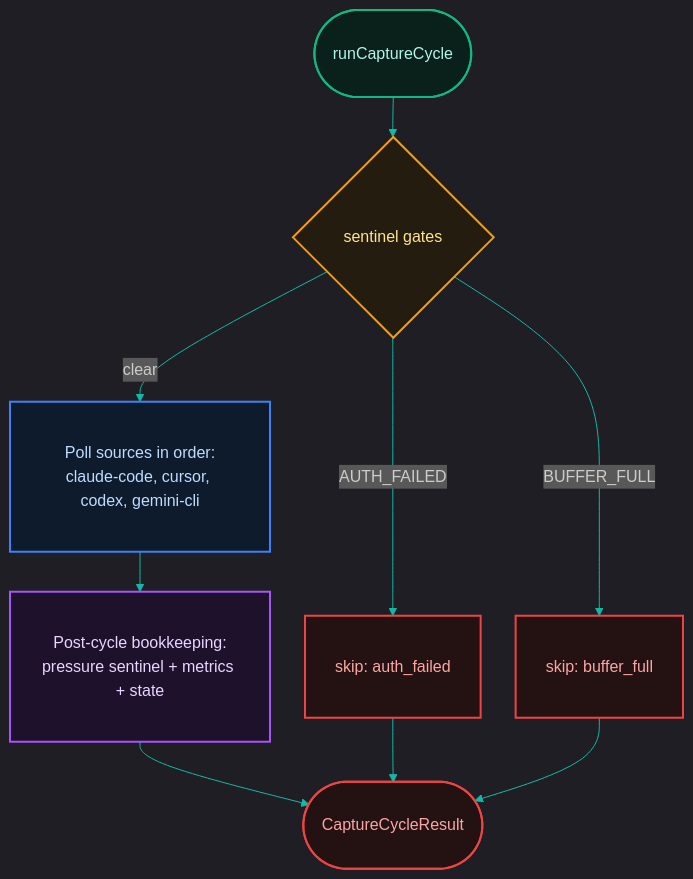
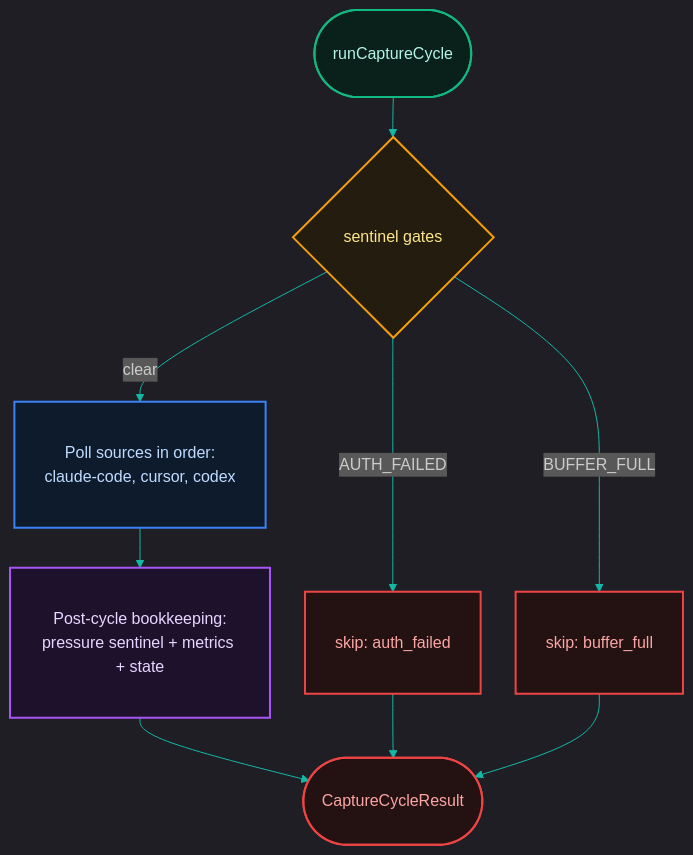
Before and after one commit to proxai/proxai_gateway: the first of 2 diagrams in docs/04-daemon-loops/4.1-capture-cycle.md, drawn with Mermaid. The commit also changed other lines of this file and 83 other files, not shown here.

Commit message:
chore: remove deprecated gemini cli

````diff
--- a/docs/04-daemon-loops/4.1-capture-cycle.md
+++ b/docs/04-daemon-loops/4.1-capture-cycle.md
@@ -13,27 +13,27 @@
 ```mermaid
 %%{init: {"theme": "dark", "themeVariables": {"primaryColor": "#0a201b", "primaryTextColor": "#ccfbf1", "primaryBorderColor": "#14b8a6", "lineColor": "#14b8a6", "fontFamily": "Inter, sans-serif"}, "flowchart": {"nodeSpacing": 35, "rankSpacing": 40}}}%%
 flowchart TD
     start([runCaptureCycle]) --> gate{sentinel gates}
     gate -->|"AUTH_FAILED"| skip1["skip: auth_failed"]
     gate -->|"BUFFER_FULL"| skip2["skip: buffer_full"]
-    gate -->|"clear"| poll["Poll sources in order:<br/>claude-code, cursor, codex, gemini-cli"]
+    gate -->|"clear"| poll["Poll sources in order:<br/>claude-code, cursor, codex"]
     poll --> post["Post-cycle bookkeeping:<br/>pressure sentinel + metrics + state"]
     post --> done([CaptureCycleResult])
     skip1 --> done
     skip2 --> done
 
     classDef startNode fill:#0a201b,stroke:#10b981,stroke-width:2px,color:#b3f5e6,padding:10px 25px;
     classDef stopNode fill:#241212,stroke:#ef4444,stroke-width:2px,color:#fca5a5,padding:10px 25px;
     classDef decNode fill:#241c0e,stroke:#f59e0b,stroke-width:2px,color:#fde68a,padding:10px 20px;
     classDef processNode fill:#0d1b2d,stroke:#3b82f6,stroke-width:2px,color:#bfdbfe,padding:10px 20px;
     classDef actionNode fill:#1e112c,stroke:#a855f7,stroke-width:2px,color:#e9d5ff,padding:10px 20px;
     classDef default fill:#0a201b,stroke:#14b8a6,stroke-width:2px,color:#ccfbf1,padding:10px 20px;
 
     class start startNode;
     class done stopNode;
     class skip1 stopNode;
     class skip2 stopNode;
     class gate decNode;
     class poll processNode;
     class post actionNode;
 ```
````
